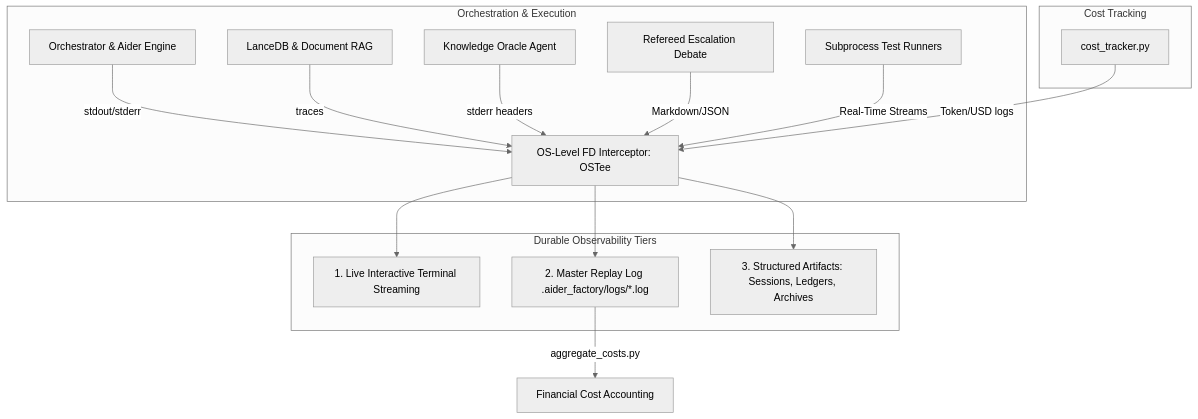
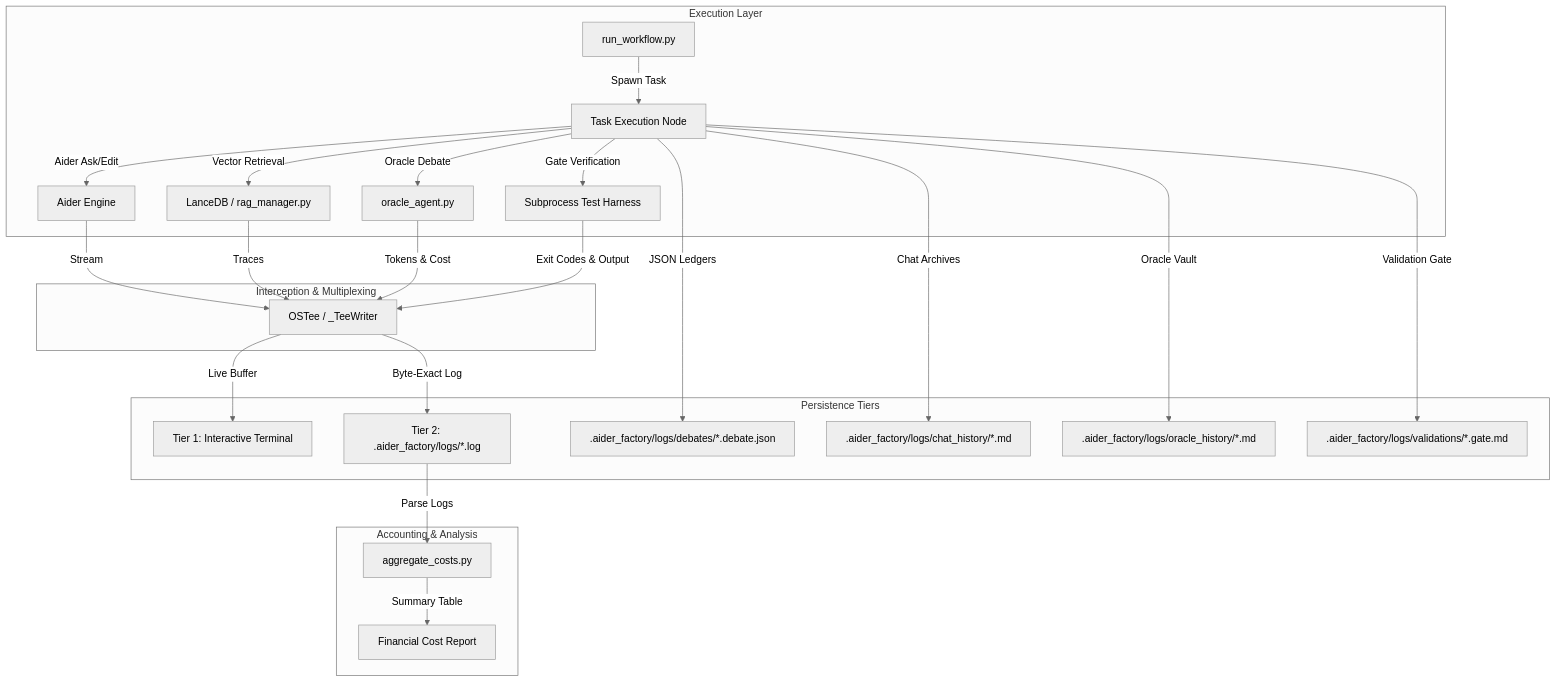
The diagram in src/aider_factory/markdown/docs/observability_logging_and_costs.md (bryan506/aider-factory), drawn with Mermaid (neutral theme) before and after one commit. The commit also changed other lines of this file and 55 other files, not shown here.

````diff
--- a/src/aider_factory/markdown/docs/observability_logging_and_costs.md
+++ b/src/aider_factory/markdown/docs/observability_logging_and_costs.md
@@ -19,22 +75,31 @@
 ```mermaid
 flowchart TD
-    subgraph Orchestration & Execution
-        A[Orchestrator & Aider Engine] -->|stdout/stderr| OS[OS-Level FD Interceptor: OSTee]
-        B[LanceDB & Document RAG] -->|traces| OS
-        C[Knowledge Oracle Agent] -->|stderr headers| OS
-        D[Refereed Escalation Debate] -->|Markdown/JSON| OS
-        E[Subprocess Test Runners] -->|Real-Time Streams| OS
+    subgraph Execution Layer
+        WF[run_workflow.py] -->|Spawn Task| TSK[Task Execution Node]
+        TSK -->|Aider Ask/Edit| AID[Aider Engine]
+        TSK -->|Vector Retrieval| RAG[LanceDB / rag_manager.py]
+        TSK -->|Oracle Debate| ORC[oracle_agent.py]
+        TSK -->|Gate Verification| TST[Subprocess Test Harness]
     end
 
-    subgraph Cost Tracking
-        CT[cost_tracker.py] -->|Token/USD logs| OS
+    subgraph Interception & Multiplexing
+        AID -->|Stream| TEE[OSTee / _TeeWriter]
+        RAG -->|Traces| TEE
+        ORC -->|Tokens & Cost| TEE
+        TST -->|Exit Codes & Output| TEE
     end
 
-    subgraph Durable Observability Tiers
-        OS --> T1[1. Live Interactive Terminal Streaming]
-        OS --> T2[2. Master Replay Log .aider_factory/logs/*.log]
-        OS --> T3[3. Structured Artifacts: Sessions, Ledgers, Archives]
+    subgraph Persistence Tiers
+        TEE -->|Live Buffer| T1[Tier 1: Interactive Terminal]
+        TEE -->|Byte-Exact Log| T2[Tier 2: .aider_factory/logs/*.log]
+        TSK -->|JSON Ledgers| T3A[.aider_factory/logs/debates/*.debate.json]
+        TSK -->|Chat Archives| T3B[.aider_factory/logs/chat_history/*.md]
+        TSK -->|Oracle Vault| T3C[.aider_factory/logs/oracle_history/*.md]
+        TSK -->|Validation Gate| T3D[.aider_factory/logs/validations/*.gate.md]
     end
 
-    T2 -->|aggregate_costs.py| F[Financial Cost Accounting]
+    subgraph Accounting & Analysis
+        T2 -->|Parse Logs| AC[aggregate_costs.py]
+        AC -->|Summary Table| FIN[Financial Cost Report]
+    end
 ```
````
